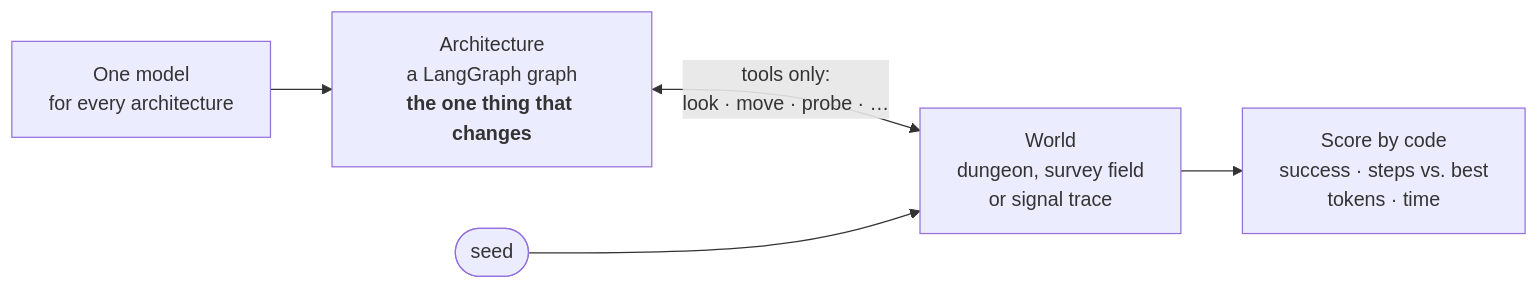
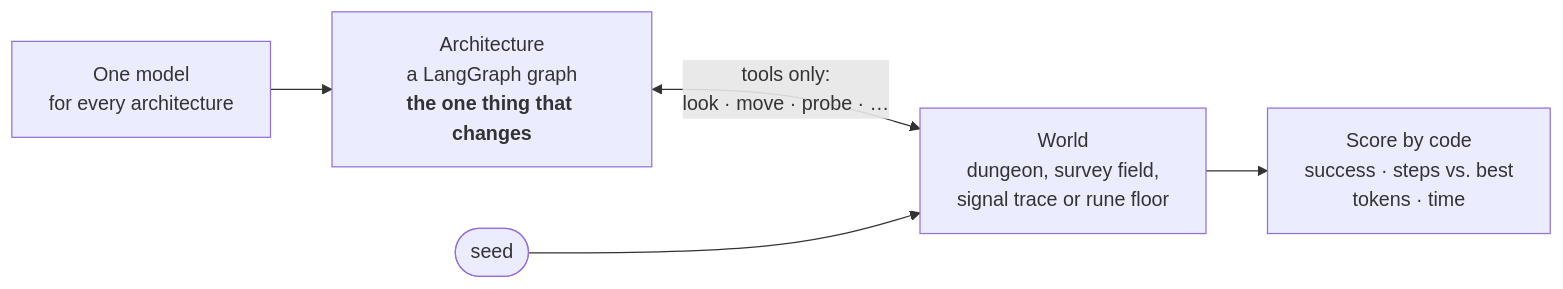
One commit to chrysogonus/agent-patterns-lab changed the first of 5 diagrams in README.md. Above: the diagram before and after it, drawn with Mermaid. The commit also changed other lines of this file and 71 other files, not shown here.

Commit message:
M10: the rune floor, with A1–A4 and A6 on it; survey submit length fix

````diff
--- a/README.md
+++ b/README.md
@@ -23,7 +23,7 @@
 ```mermaid
 flowchart LR
     model["One model<br/>for every architecture"] --> arch["Architecture<br/>a LangGraph graph<br/><b>the one thing that changes</b>"]
-    arch <-->|"tools only:<br/>look · move · probe · …"| world["World<br/>dungeon, survey field<br/>or signal trace"]
+    arch <-->|"tools only:<br/>look · move · probe · …"| world["World<br/>dungeon, survey field,<br/>signal trace or rune floor"]
     seed(["seed"]) --> world
     world --> score["Score by code<br/>success · steps vs. best<br/>tokens · time"]
 ```
````
